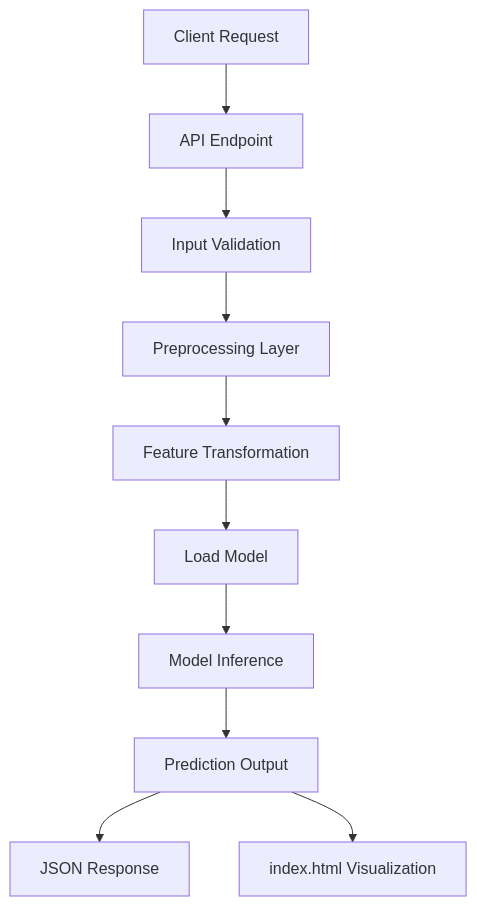
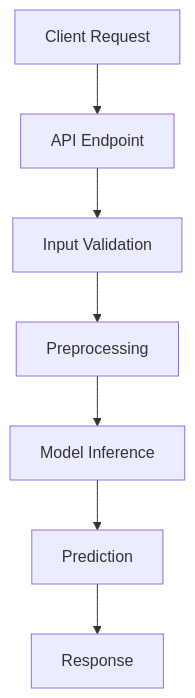
Before and after one commit to dronabopche/100-ML-AI-Project: the second of 2 diagrams in ML_To_Train/Readme.md, drawn with Mermaid. The commit also changed other lines of this file and 5 other files, not shown here.

````diff
--- a/ML_To_Train/Readme.md
+++ b/ML_To_Train/Readme.md
@@ -266,21 +89,9 @@
 ```mermaid
 flowchart TD
-
 A[Client Request] --> B[API Endpoint]
-
 B --> C[Input Validation]
-
-C --> D[Preprocessing Layer]
-
-D --> E[Feature Transformation]
-
-E --> F[Load Model]
-
-F --> G[Model Inference]
-
-G --> H[Prediction Output]
-
-H --> I[JSON Response]
-
-H --> J[index.html Visualization]
+C --> D[Preprocessing]
+D --> E[Model Inference]
+E --> F[Prediction]
+F --> G[Response]
 ```
````
